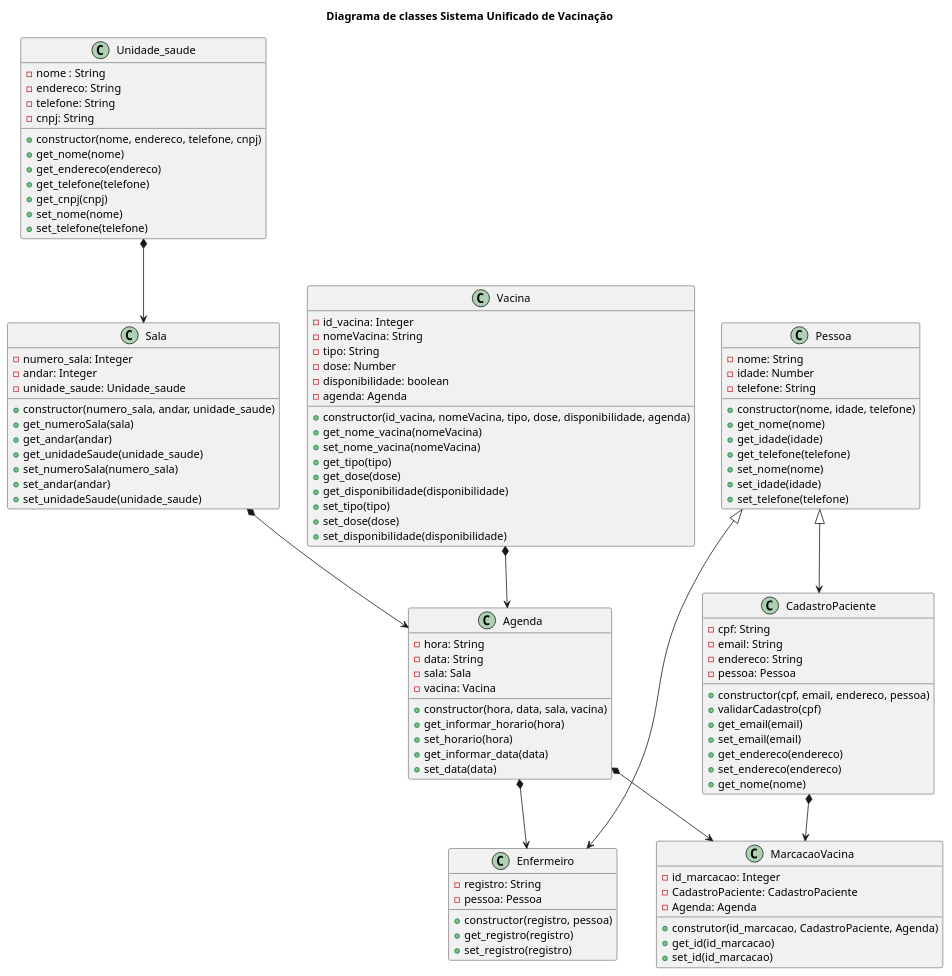
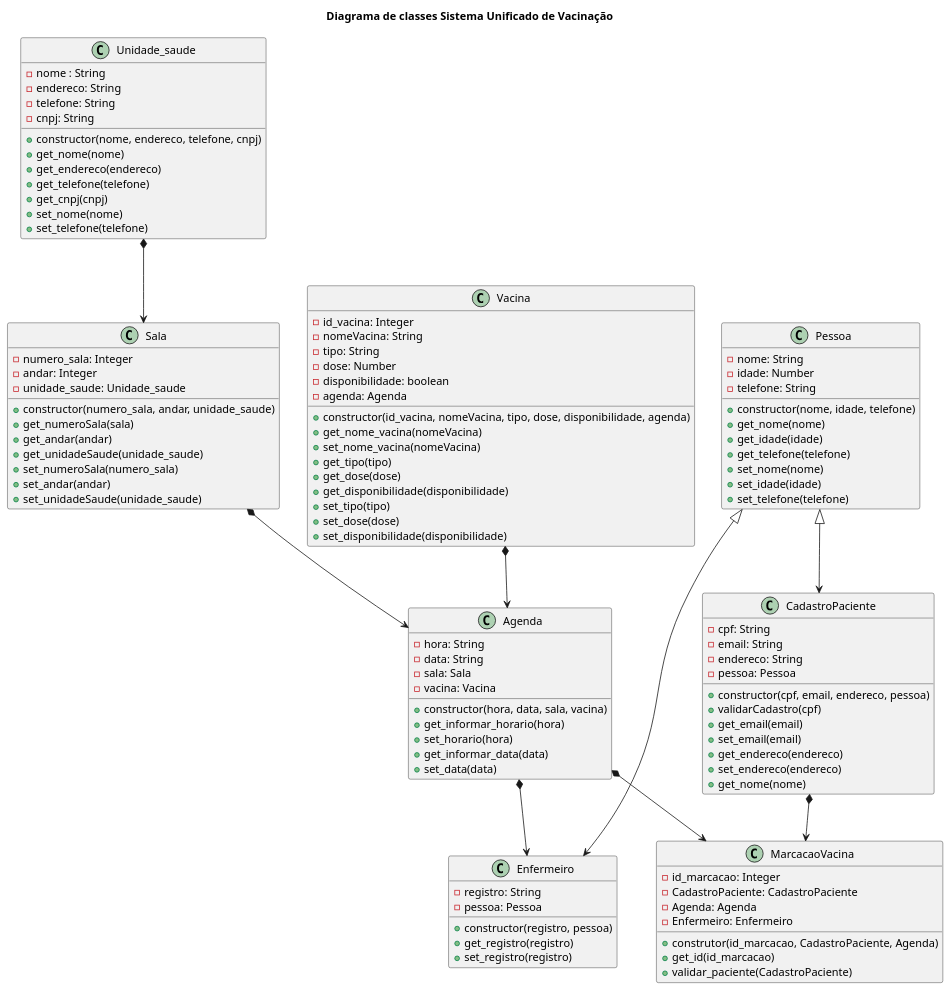
Before and after one commit to anleaes/2022-1-N2-POO-01: the diagram in diagrama_classe.plantuml, drawn with PlantUML.

Commit message:
atualizacao da classe MarcacaoVacina

```diff
--- a/diagrama_classe.plantuml
+++ b/diagrama_classe.plantuml
@@ -1,116 +1,117 @@
 @startuml diagrama_classe
 
 title Diagrama de classes Sistema Unificado de Vacinação
 
 class Unidade_saude{
     - nome : String
     - endereco: String
     - telefone: String
     - cnpj: String
     + constructor(nome, endereco, telefone, cnpj)
     + get_nome(nome)
     + get_endereco(endereco)
     + get_telefone(telefone)
     + get_cnpj(cnpj)
     + set_nome(nome)
     + set_telefone(telefone)
 }
 
 class Sala{
     - numero_sala: Integer
     - andar: Integer
     - unidade_saude: Unidade_saude 
     + constructor(numero_sala, andar, unidade_saude)
     + get_numeroSala(sala)
     + get_andar(andar)
     + get_unidadeSaude(unidade_saude)
     + set_numeroSala(numero_sala)
     + set_andar(andar)
     + set_unidadeSaude(unidade_saude)
 }
 
 class Agenda{
     - hora: String
     - data: String
     - sala: Sala
     - vacina: Vacina
     + constructor(hora, data, sala, vacina)
     + get_informar_horario(hora)
     + set_horario(hora)
     + get_informar_data(data)
     + set_data(data)
 }
 
 
 Class Vacina{
     - id_vacina: Integer
     - nomeVacina: String
     - tipo: String
     - dose: Number
     - disponibilidade: boolean
     - agenda: Agenda
     + constructor(id_vacina, nomeVacina, tipo, dose, disponibilidade, agenda)
     + get_nome_vacina(nomeVacina)
     + set_nome_vacina(nomeVacina)
     + get_tipo(tipo)
     + get_dose(dose)
     + get_disponibilidade(disponibilidade)
     + set_tipo(tipo)
     + set_dose(dose)
     + set_disponibilidade(disponibilidade)
 }
 
 class Pessoa{
     - nome: String
     - idade: Number
     - telefone: String
     + constructor(nome, idade, telefone)
     + get_nome(nome)
     + get_idade(idade)
     + get_telefone(telefone)
     + set_nome(nome)
     + set_idade(idade)
     + set_telefone(telefone)
 }
 
 class CadastroPaciente {
     - cpf: String
     - email: String
     - endereco: String
     - pessoa: Pessoa
     + constructor(cpf, email, endereco, pessoa)
     + validarCadastro(cpf)
     + get_email(email)
     + set_email(email)
     + get_endereco(endereco)
     + set_endereco(endereco)
     + get_nome(nome)
 }
 
 class Enfermeiro {
     - registro: String
     - pessoa: Pessoa
     + constructor(registro, pessoa)
     + get_registro(registro)
     + set_registro(registro)
 }
 
 class MarcacaoVacina{
     - id_marcacao: Integer
     - CadastroPaciente: CadastroPaciente
     - Agenda: Agenda
+    - Enfermeiro: Enfermeiro
     + construtor(id_marcacao, CadastroPaciente, Agenda)
     + get_id(id_marcacao)
-    + set_id(id_marcacao)
+    + validar_paciente(CadastroPaciente)
 }
 
 Pessoa <|--> CadastroPaciente
 Pessoa <|--> Enfermeiro
 Unidade_saude *--> Sala
 Sala *--> Agenda
 Vacina *--> Agenda
 Agenda *--> Enfermeiro
 CadastroPaciente *--> MarcacaoVacina
 Agenda *--> MarcacaoVacina
 
 @enduml
```
